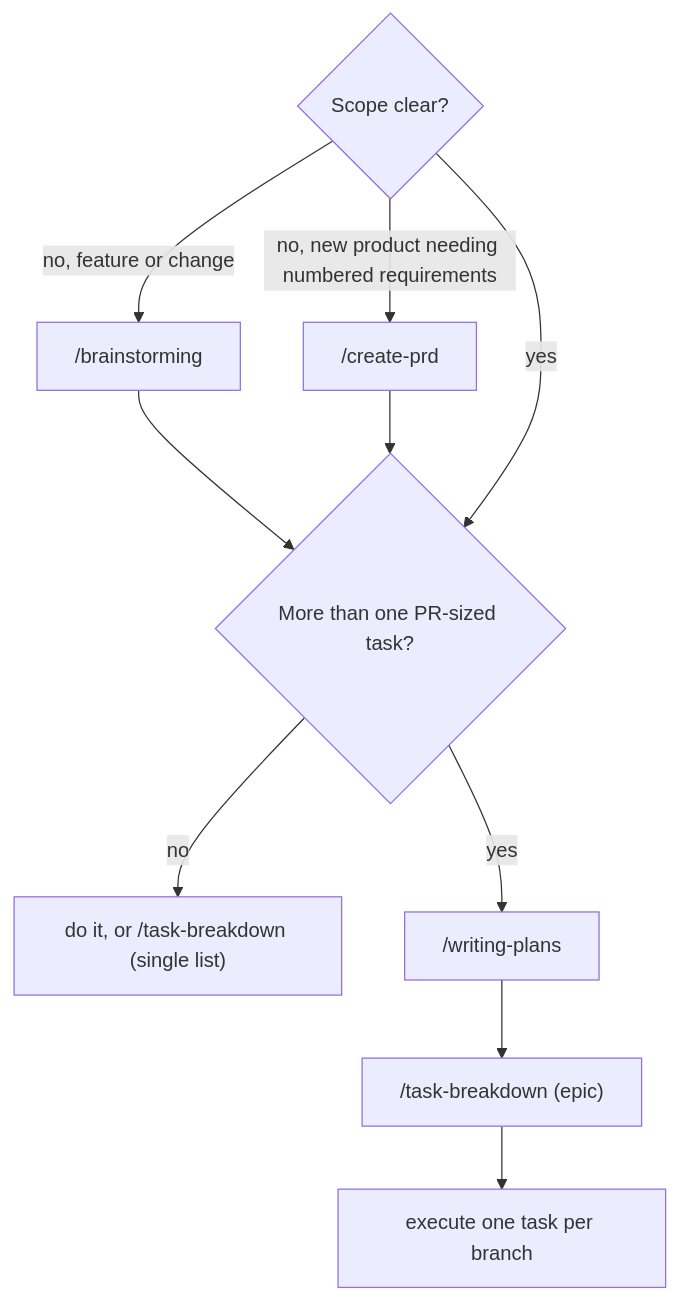
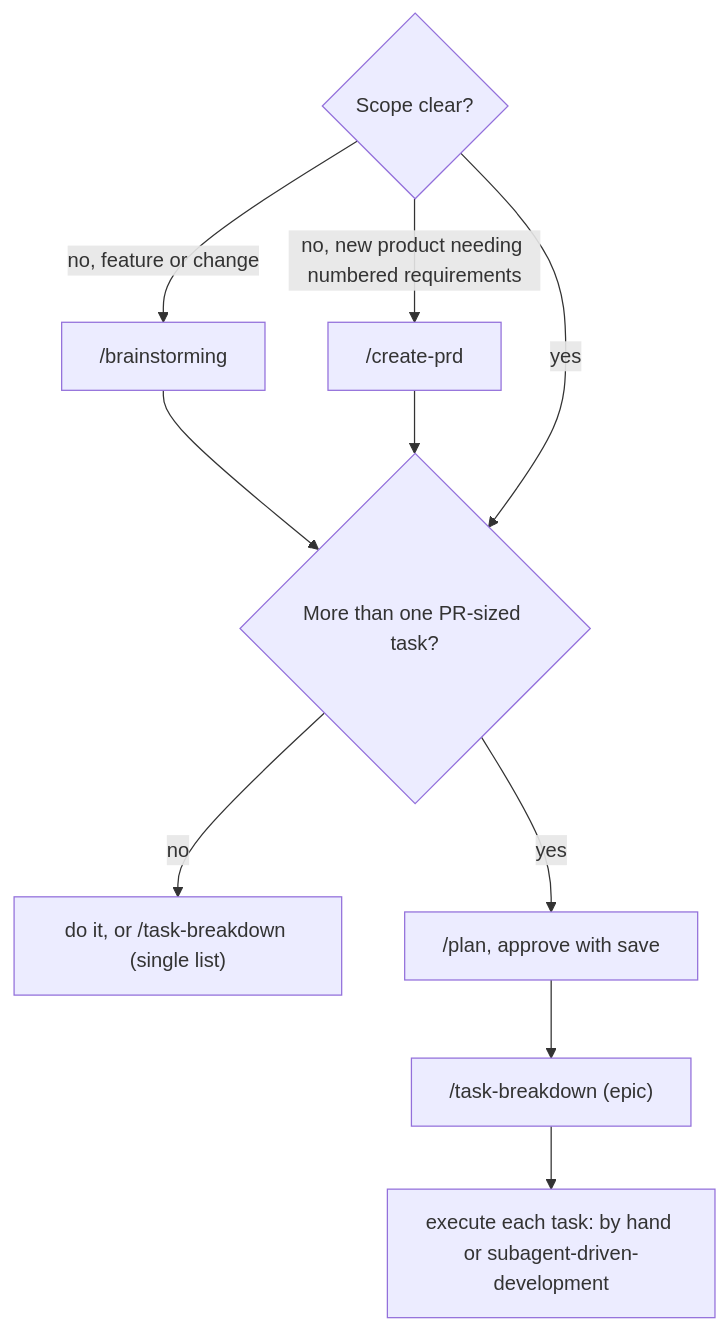
The diagram in docs/using-skills.md (ton-anywhere/my-favorite-prompts), drawn with Mermaid before and after one commit. The commit also changed other lines of this file, not shown here.

Commit message:
docs(using-skills): replace writing-plans with /plan before task-breakdown

````diff
--- a/docs/using-skills.md
+++ b/docs/using-skills.md
@@ -14,8 +14,8 @@
 ```mermaid
 flowchart TD
   A{"Scope clear?"} -->|"no, feature or change"| BR["/brainstorming"] --> B
   A -->|"no, new product needing numbered requirements"| PRD["/create-prd"] --> B
   A -->|yes| B{"More than one PR-sized task?"}
   B -->|no| S["do it, or /task-breakdown (single list)"]
-  B -->|yes| WP["/writing-plans"] --> E["/task-breakdown (epic)"] --> X["execute one task per branch"]
+  B -->|yes| P["/plan, approve with save"] --> E["/task-breakdown (epic)"] --> X["execute each task: by hand or subagent-driven-development"]
 ```
````
